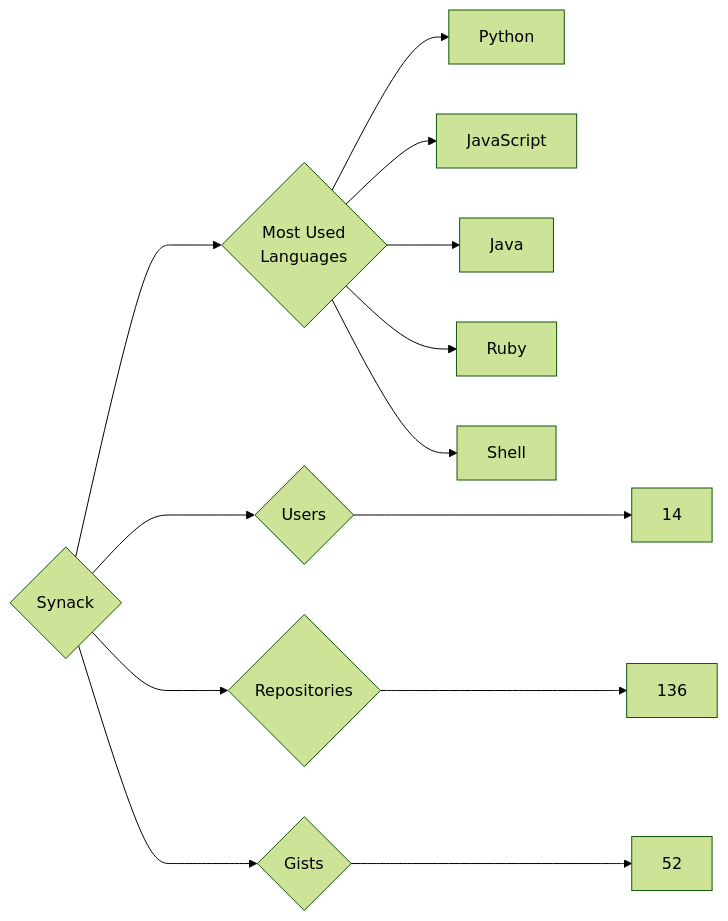
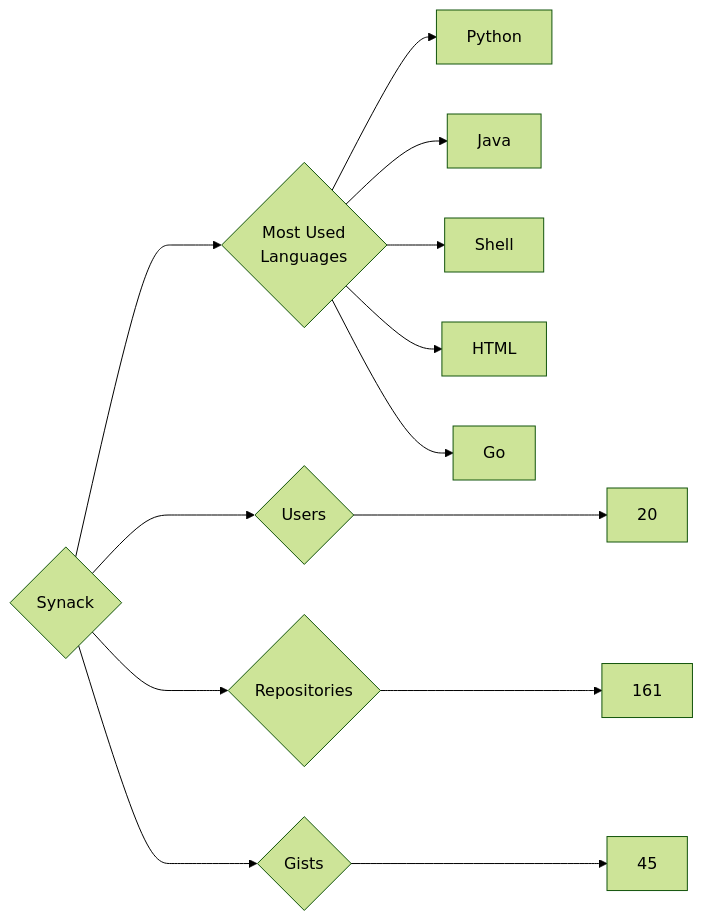
Before and after one commit to trickest/insiders: the diagram in targets/Synack/README.md, drawn with Mermaid (forest theme). The commit also changed 948 other files, not shown here.

````diff
--- a/targets/Synack/README.md
+++ b/targets/Synack/README.md
@@ -3,13 +3,13 @@
 ```mermaid
 graph LR
 COMPANY_NAME{Synack}
-COMPANY_NAME ---> U{Users} ---> UN[14]
-COMPANY_NAME ---> R{Repositories} ---> RN[136]
-COMPANY_NAME ---> G{Gists} ---> GN[52]
+COMPANY_NAME ---> U{Users} ---> UN[20]
+COMPANY_NAME ---> R{Repositories} ---> RN[161]
+COMPANY_NAME ---> G{Gists} ---> GN[45]
 COMPANY_NAME ---> ML{Most Used<br>Languages}
 ML --> Python[Python]
-ML --> JavaScript[JavaScript]
 ML --> Java[Java]
-ML --> Ruby[Ruby]
 ML --> Shell[Shell]
+ML --> HTML[HTML]
+ML --> Go[Go]
 ```
````
